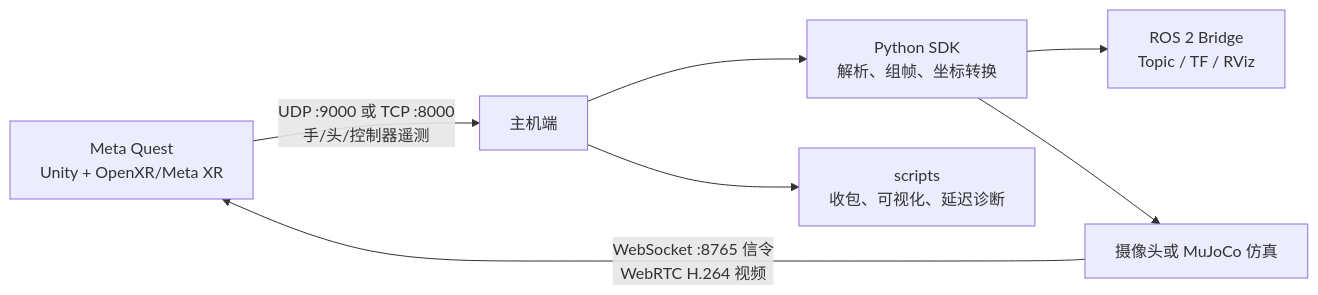
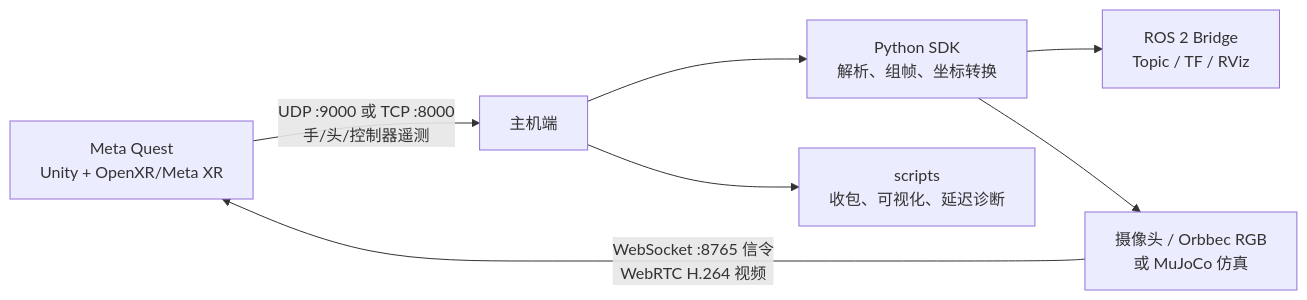
The diagram in README.md (W-Deyou/hand-tracking-streamer-main), drawn with Mermaid before and after one commit. The commit also changed other lines of this file and 6 other files, not shown here.

````diff
--- a/README.md
+++ b/README.md
@@ -18,9 +19,9 @@
 ```mermaid
 flowchart LR
     Q[Meta Quest\nUnity + OpenXR/Meta XR] -->|UDP :9000 或 TCP :8000\n手/头/控制器遥测| P[主机端]
     P --> S[Python SDK\n解析、组帧、坐标转换]
     P --> D[scripts\n收包、可视化、延迟诊断]
     S --> R[ROS 2 Bridge\nTopic / TF / RViz]
-    S --> V[摄像头或 MuJoCo 仿真]
+    S --> V[摄像头 / Orbbec RGB\n或 MuJoCo 仿真]
     V -->|WebSocket :8765 信令\nWebRTC H.264 视频| Q
 ```
````
